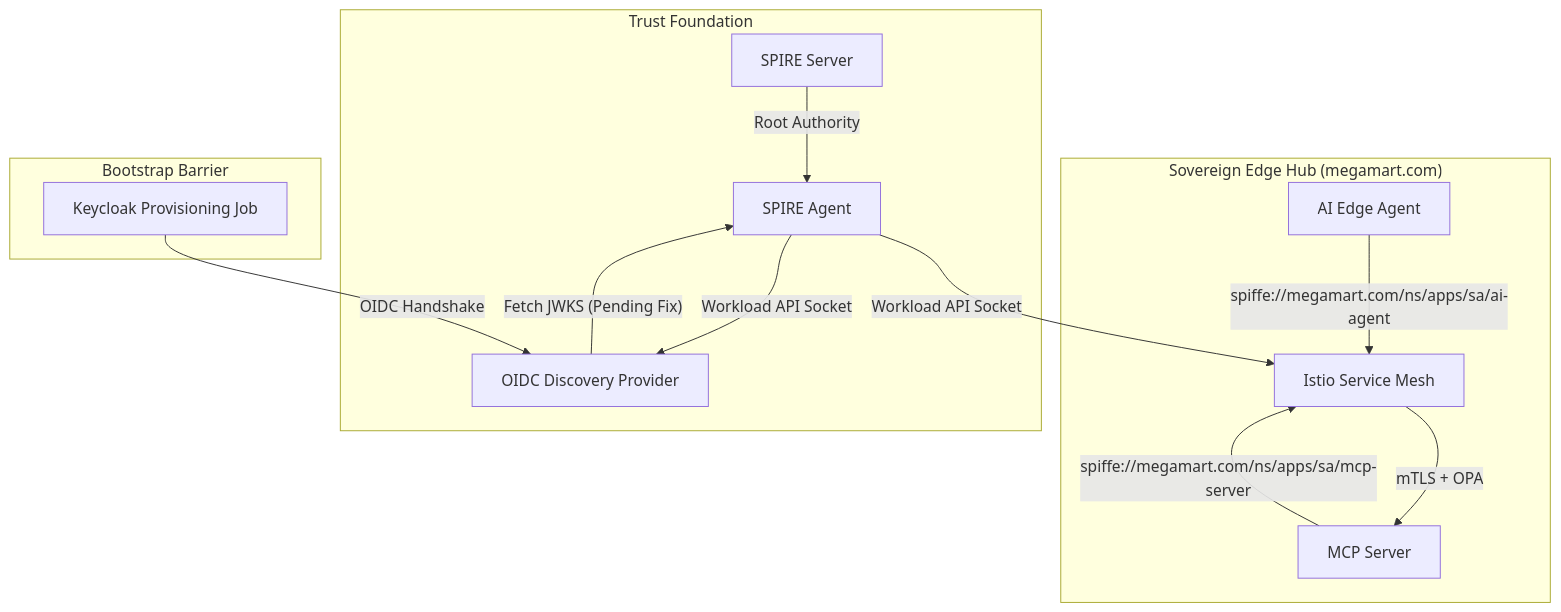
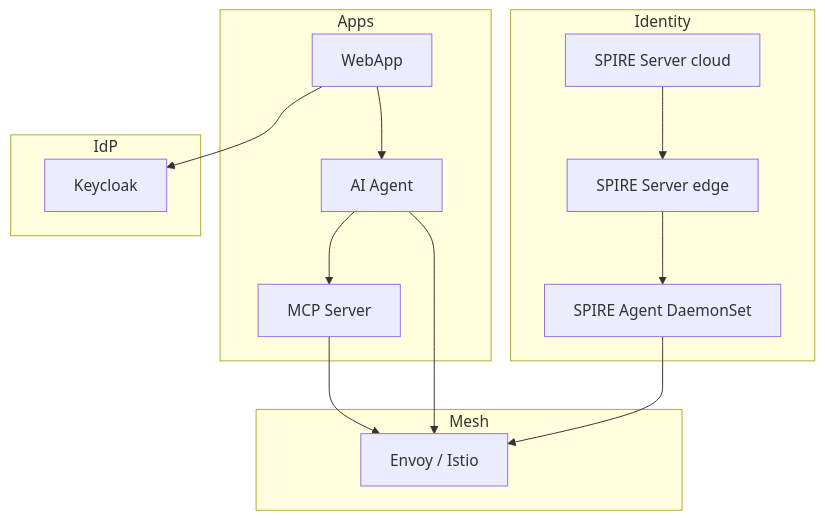
Before and after one commit to rtarway/spiffe-spire-playground: the diagram in README.md, drawn with Mermaid. The commit also changed other lines of this file and 5 other files, not shown here.

````diff
--- a/README.md
+++ b/README.md
@@ -8,19 +7,20 @@
 ```mermaid
 graph TD
-    subgraph "Sovereign Edge Hub (megamart.com)"
-        AGENT[AI Edge Agent] -- "spiffe://megamart.com/ns/apps/sa/ai-agent" --> MESH[Istio Service Mesh]
-        MCP[MCP Server] -- "spiffe://megamart.com/ns/apps/sa/mcp-server" --> MESH
-        MESH -- "mTLS + OPA" --> MCP
-    end
-
-    subgraph "Trust Foundation"
-        SPIRE_AGENT[SPIRE Agent] -- "Workload API Socket" --> MESH
-        SPIRE_AGENT -- "Workload API Socket" --> DISCOVERY[OIDC Discovery Provider]
-        SPIRE_SERVER[SPIRE Server] -- "Root Authority" --> SPIRE_AGENT
-    end
-
-    subgraph "Bootstrap Barrier"
-        JOB[Keycloak Provisioning Job] -- "OIDC Handshake" --> DISCOVERY
-        DISCOVERY -- "Fetch JWKS (Pending Fix)" --> SPIRE_AGENT
-    end
+  subgraph Apps
+    WEB[WebApp] --> AGENT[AI Agent]
+    AGENT --> MCP[MCP Server]
+  end
+  subgraph Mesh
+    MCP --> ENVOY[Envoy / Istio]
+    AGENT --> ENVOY
+  end
+  subgraph Identity
+    SPIRE_AGENT[SPIRE Agent DaemonSet] --> ENVOY
+    SPIRE_CLOUD[SPIRE Server cloud] --> SPIRE_EDGE[SPIRE Server edge]
+    SPIRE_EDGE --> SPIRE_AGENT
+  end
+  subgraph IdP
+    KC[Keycloak]
+  end
+  WEB --> KC
 ```
````
